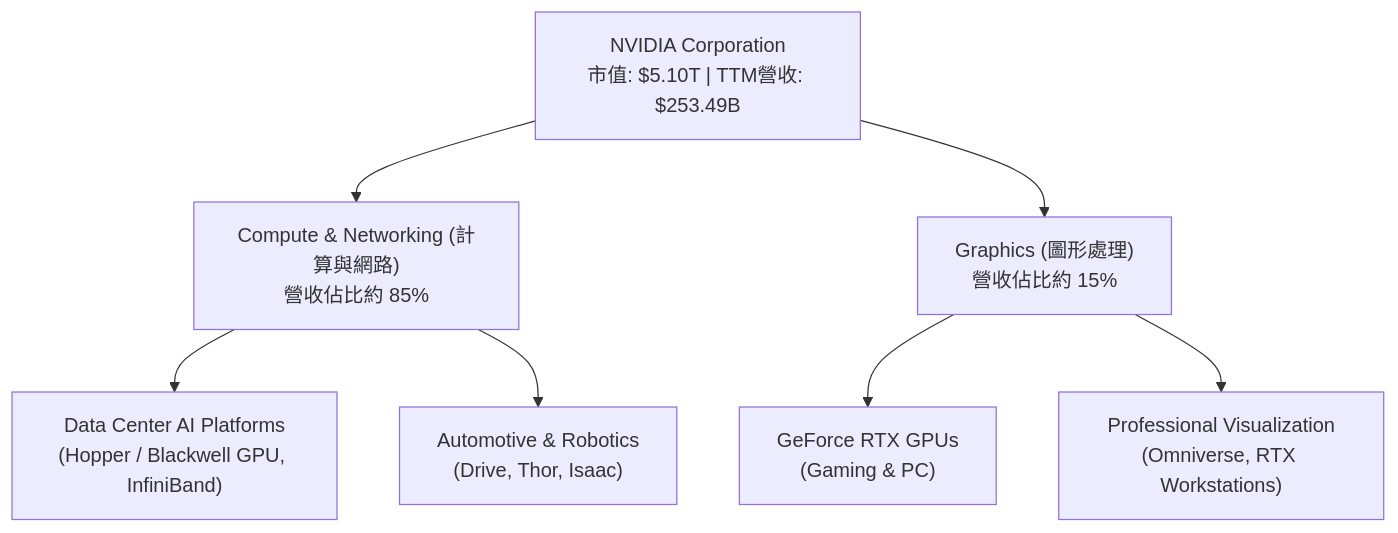
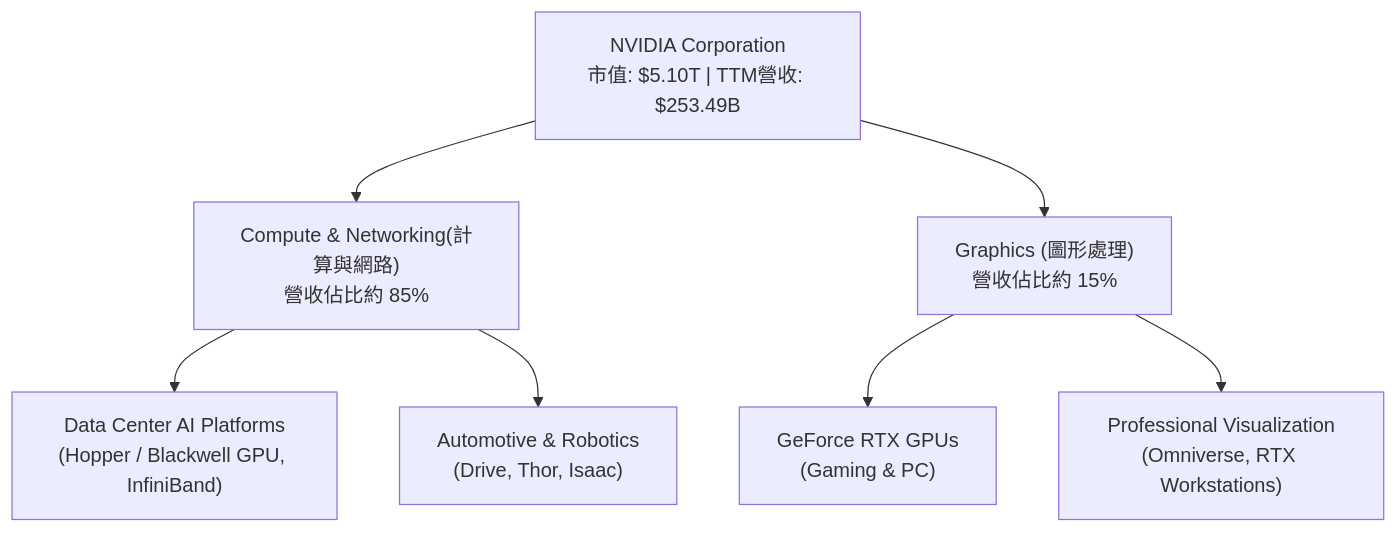
Before and after one commit to yennanliu/finance_data: the second of 7 diagrams in ai_gen_report/stock/nvda/fundamental_analysis_2026-06-19_gemini.md, drawn with Mermaid. The commit also changed 2258 other files, not shown here.

First line of the commit message:
chore: backfill Mermaid syntax repair across existing reports

````diff
--- a/ai_gen_report/stock/nvda/fundamental_analysis_2026-06-19_gemini.md
+++ b/ai_gen_report/stock/nvda/fundamental_analysis_2026-06-19_gemini.md
@@ -128,12 +128,12 @@
 ```mermaid
 graph TD
     NVDA["NVIDIA Corporation<br/>市值: $5.10T | TTM營收: $253.49B"]
-    CN["Compute & Networking (計算與網路)<br/>營收佔比約 85%"]
+    CN["Compute & Networking(計算與網路)<br/>營收佔比約 85%"]
     GR["Graphics (圖形處理)<br/>營收佔比約 15%"]
     NVDA --> CN
     NVDA --> GR
     CN --> DC["Data Center AI Platforms<br/>(Hopper / Blackwell GPU, InfiniBand)"]
     CN --> AUTO["Automotive & Robotics<br/>(Drive, Thor, Isaac)"]
     GR --> GEFORCE["GeForce RTX GPUs<br/>(Gaming & PC)"]
     GR --> PROVIS["Professional Visualization<br/>(Omniverse, RTX Workstations)"]
 ```
````
